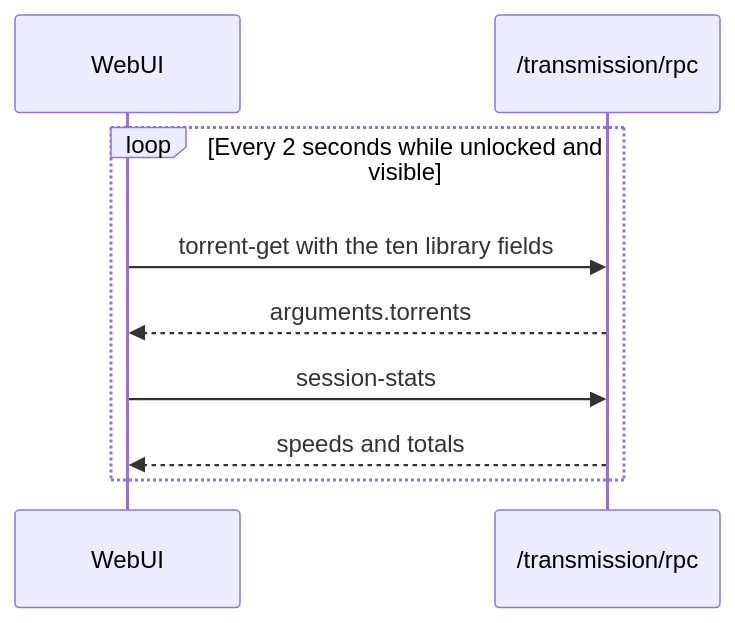
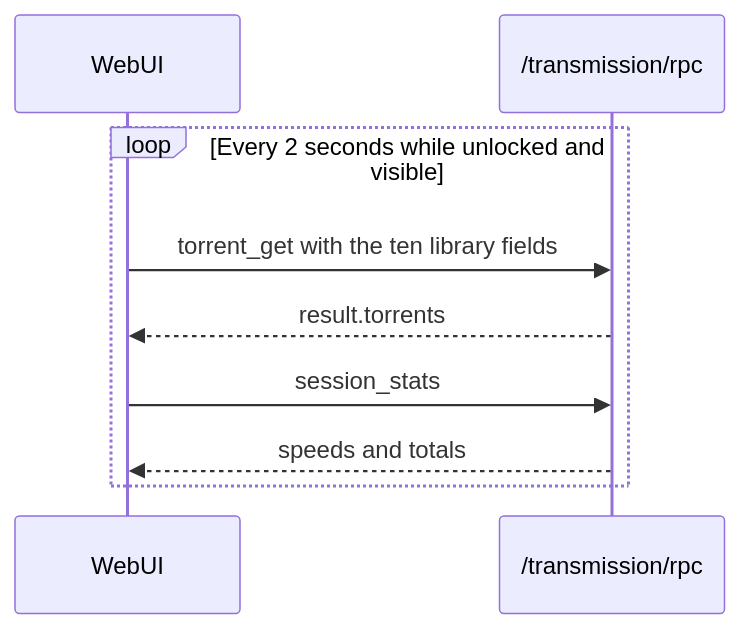
The sixth of 6 diagrams in Design/transmission-webui.md (schleising/transmission-webui), drawn with Mermaid before and after one commit. The commit also changed other lines of this file and 1 other file, not shown here.

````diff
--- a/Design/transmission-webui.md
+++ b/Design/transmission-webui.md
@@ -266,12 +324,12 @@
 ```mermaid
 sequenceDiagram
   participant UI as WebUI
   participant RPC as /transmission/rpc
 
   loop Every 2 seconds while unlocked and visible
-    UI->>RPC: torrent-get with the ten library fields
-    RPC-->>UI: arguments.torrents
-    UI->>RPC: session-stats
+    UI->>RPC: torrent_get with the ten library fields
+    RPC-->>UI: result.torrents
+    UI->>RPC: session_stats
     RPC-->>UI: speeds and totals
   end
 ```
````
